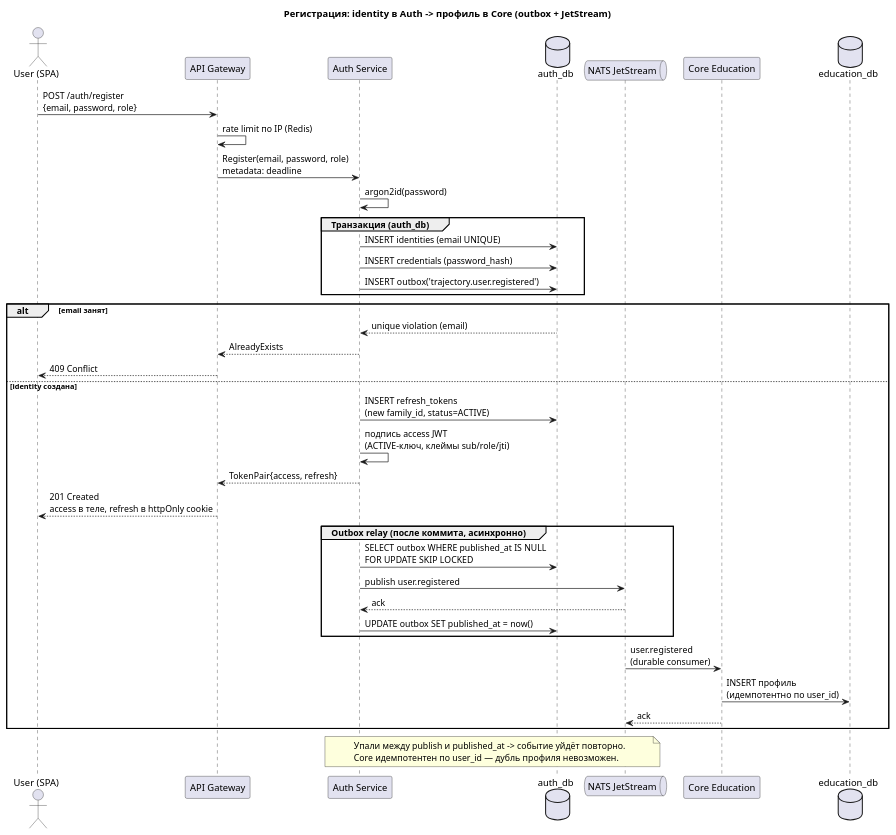
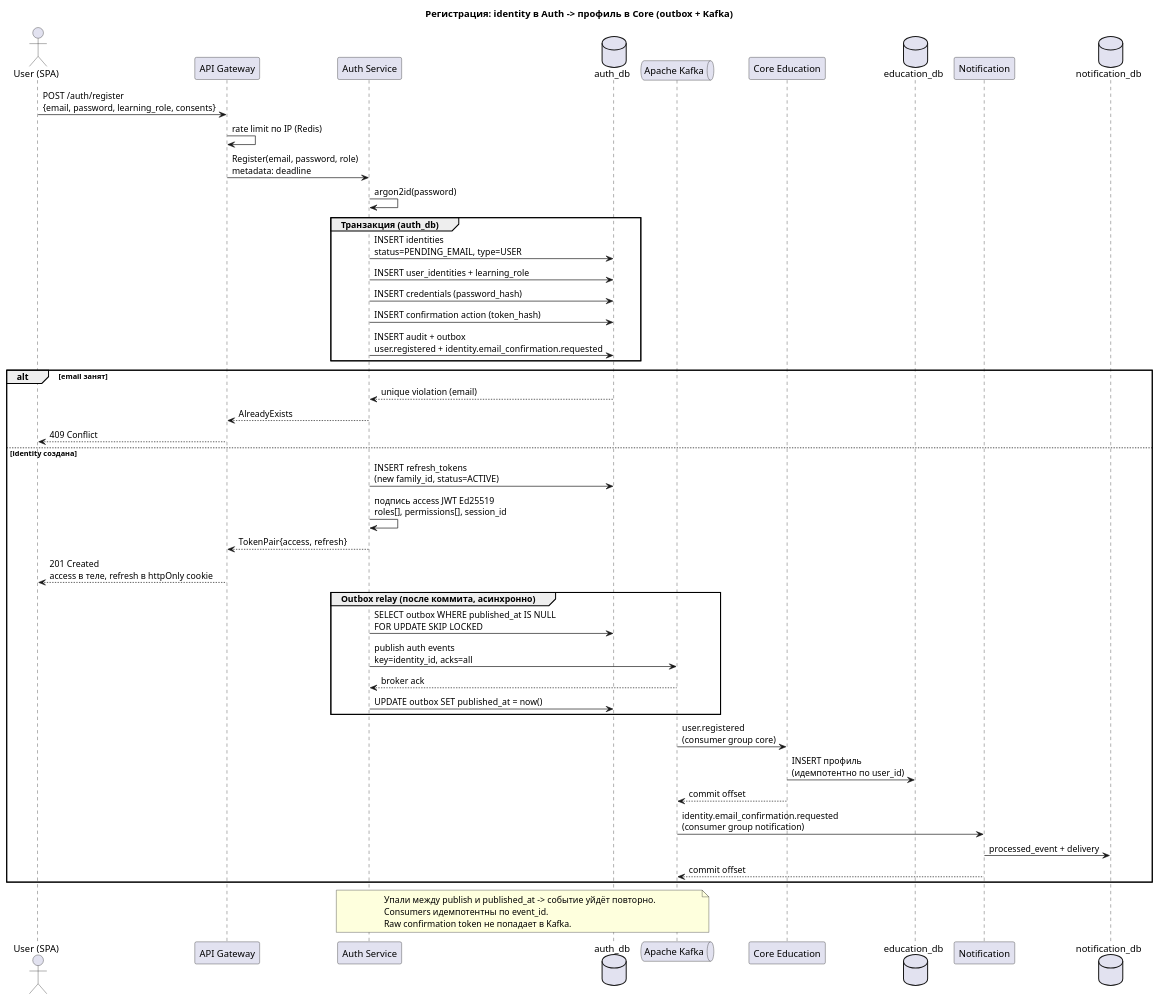
The diagram in Системный анализ/diagrams/sequence/auth-registration.puml (trajectory-platform/architeture), drawn with PlantUML before and after one commit. The commit also changed 57 other files, not shown here.

```diff
--- a/Системный анализ/diagrams/sequence/auth-registration.puml
+++ b/Системный анализ/diagrams/sequence/auth-registration.puml
@@ -1,50 +1,58 @@
 @startuml auth-registration
-title Регистрация: identity в Auth -> профиль в Core (outbox + JetStream)
+title Регистрация: identity в Auth -> профиль в Core (outbox + Kafka)
 
 actor "User (SPA)" as spa
 participant "API Gateway" as gw
 participant "Auth Service" as auth
 database "auth_db" as adb
-queue "NATS JetStream" as nats
+queue "Apache Kafka" as kafka
 participant "Core Education" as core
 database "education_db" as edb
+participant "Notification" as notification
+database "notification_db" as ndb
 
-spa -> gw: POST /auth/register\n{email, password, role}
+spa -> gw: POST /auth/register\n{email, password, learning_role, consents}
 gw -> gw: rate limit по IP (Redis)
 gw -> auth: Register(email, password, role)\nmetadata: deadline
 
 auth -> auth: argon2id(password)
 
 group Транзакция (auth_db)
-  auth -> adb: INSERT identities (email UNIQUE)
+  auth -> adb: INSERT identities\nstatus=PENDING_EMAIL, type=USER
+  auth -> adb: INSERT user_identities + learning_role
   auth -> adb: INSERT credentials (password_hash)
-  auth -> adb: INSERT outbox('trajectory.user.registered')
+  auth -> adb: INSERT confirmation action (token_hash)
+  auth -> adb: INSERT audit + outbox\nuser.registered + identity.email_confirmation.requested
 end
 
 alt email занят
   adb --> auth: unique violation (email)
   auth --> gw: AlreadyExists
   gw --> spa: 409 Conflict
 else identity создана
   auth -> adb: INSERT refresh_tokens\n(new family_id, status=ACTIVE)
-  auth -> auth: подпись access JWT\n(ACTIVE-ключ, клеймы sub/role/jti)
+  auth -> auth: подпись access JWT Ed25519\nroles[], permissions[], session_id
   auth --> gw: TokenPair{access, refresh}
   gw --> spa: 201 Created\naccess в теле, refresh в httpOnly cookie
 
   group Outbox relay (после коммита, асинхронно)
     auth -> adb: SELECT outbox WHERE published_at IS NULL\nFOR UPDATE SKIP LOCKED
-    auth -> nats: publish user.registered
-    nats --> auth: ack
+    auth -> kafka: publish auth events\nkey=identity_id, acks=all
+    kafka --> auth: broker ack
     auth -> adb: UPDATE outbox SET published_at = now()
   end
 
-  nats -> core: user.registered\n(durable consumer)
+  kafka -> core: user.registered\n(consumer group core)
   core -> edb: INSERT профиль\n(идемпотентно по user_id)
-  core --> nats: ack
+  core --> kafka: commit offset
+  kafka -> notification: identity.email_confirmation.requested\n(consumer group notification)
+  notification -> ndb: processed_event + delivery
+  notification --> kafka: commit offset
 end
 
-note over auth, nats
+note over auth, kafka
   Упали между publish и published_at -> событие уйдёт повторно.
-  Core идемпотентен по user_id — дубль профиля невозможен.
+  Consumers идемпотентны по event_id.
+  Raw confirmation token не попадает в Kafka.
 end note
 @enduml
```
